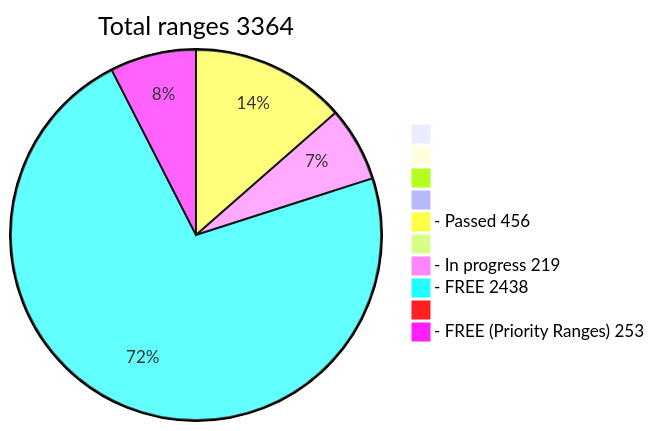
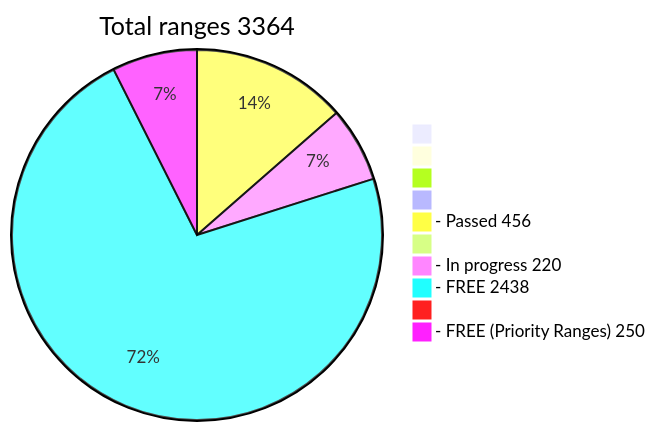
One commit to phrutis/wif500 changed the diagram in README.md. Above: the diagram before and after it, drawn with Mermaid.

````diff
--- a/README.md
+++ b/README.md
@@ -16,13 +16,13 @@
 ```mermaid
 pie title Total ranges 3364
              " " : 0
             "  " : 0
            "   " : 0
           "    " : 0
   "- Passed 456" : 456
          "     " : 0
-  "- In progress 219" : 219
+  "- In progress 220" : 220
    "- FREE 2438" : 2438
         "      " : 0
-  "- FREE (Priority Ranges) 253" : 253
+  "- FREE (Priority Ranges) 250" : 250
 ```
````
